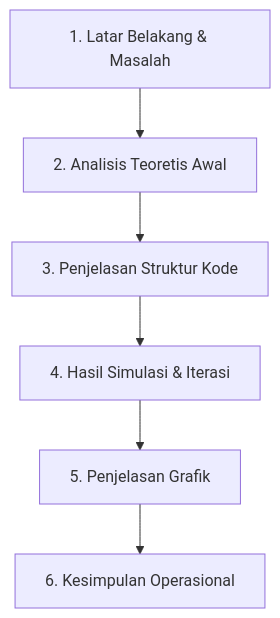
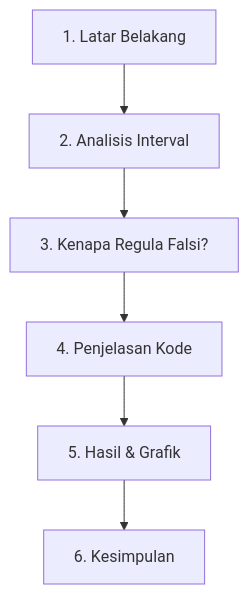
One commit to ziiell-am/SEMESTER-4-FINISH changed the diagram in README.md. Above: the diagram before and after it, drawn with Mermaid. The commit also changed other lines of this file, not shown here.

````diff
--- a/README.md
+++ b/README.md
@@ -13,8 +11,8 @@
 ```mermaid
 graph TD
-    A[1. Latar Belakang & Masalah] --> B[2. Analisis Teoretis Awal]
-    B --> C[3. Penjelasan Struktur Kode]
-    C --> D[4. Hasil Simulasi & Iterasi]
-    D --> E[5. Penjelasan Grafik]
-    E --> F[6. Kesimpulan Operasional]
+    A[1. Latar Belakang] --> B[2. Analisis Interval]
+    B --> C[3. Kenapa Regula Falsi?]
+    C --> D[4. Penjelasan Kode]
+    D --> E[5. Hasil & Grafik]
+    E --> F[6. Kesimpulan]
 ```
````
